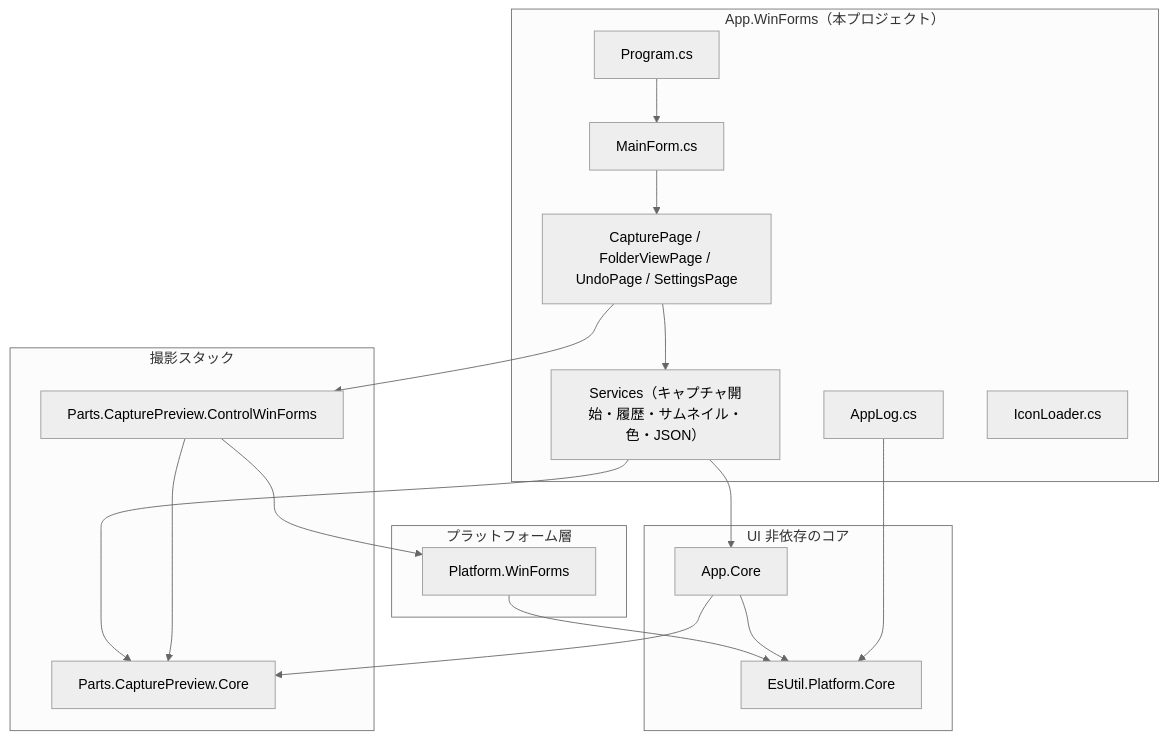
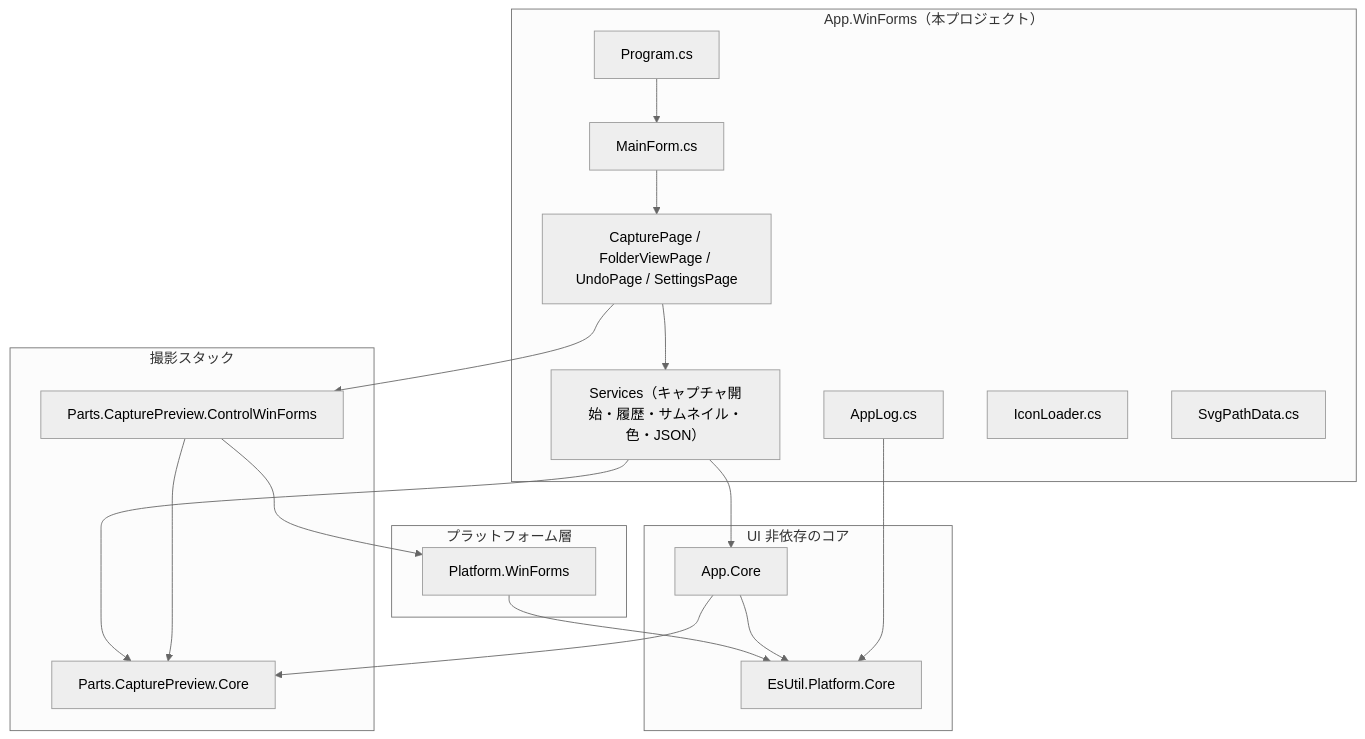
The first of 9 diagrams in src/App.WinForms/docs/SPEC_System.md (tomokuni/SaveEvidence), drawn with Mermaid (neutral theme) before and after one commit. The commit also changed other lines of this file and 132 other files, not shown here.

````diff
--- a/src/App.WinForms/docs/SPEC_System.md
+++ b/src/App.WinForms/docs/SPEC_System.md
@@ -53,38 +53,39 @@
 ```mermaid
 flowchart TD
     subgraph app["App.WinForms（本プロジェクト）"]
         Program["Program.cs"]
         MainForm["MainForm.cs"]
         Pages["CapturePage / FolderViewPage / UndoPage / SettingsPage"]
         Services["Services（キャプチャ開始・履歴・サムネイル・色・JSON）"]
         Logging["AppLog.cs"]
         Icons["IconLoader.cs"]
+    Svg["SvgPathData.cs"]
     end
 
     subgraph capture["撮影スタック"]
         CaptureCore["Parts.CapturePreview.Core"]
         CaptureWinForms["Parts.CapturePreview.ControlWinForms"]
     end
 
     subgraph platform["プラットフォーム層"]
         PlatformWinForms["Platform.WinForms"]
     end
 
     subgraph core["UI 非依存のコア"]
         AppCore["App.Core"]
         EsCore["EsUtil.Platform.Core"]
     end
 
     Program --> MainForm
     MainForm --> Pages
     Pages --> Services
     Pages --> CaptureWinForms
     Services --> AppCore
     Services --> CaptureCore
     CaptureWinForms --> CaptureCore
     CaptureWinForms --> PlatformWinForms
     PlatformWinForms --> EsCore
     AppCore --> CaptureCore
     AppCore --> EsCore
     Logging --> EsCore
 ```
````
